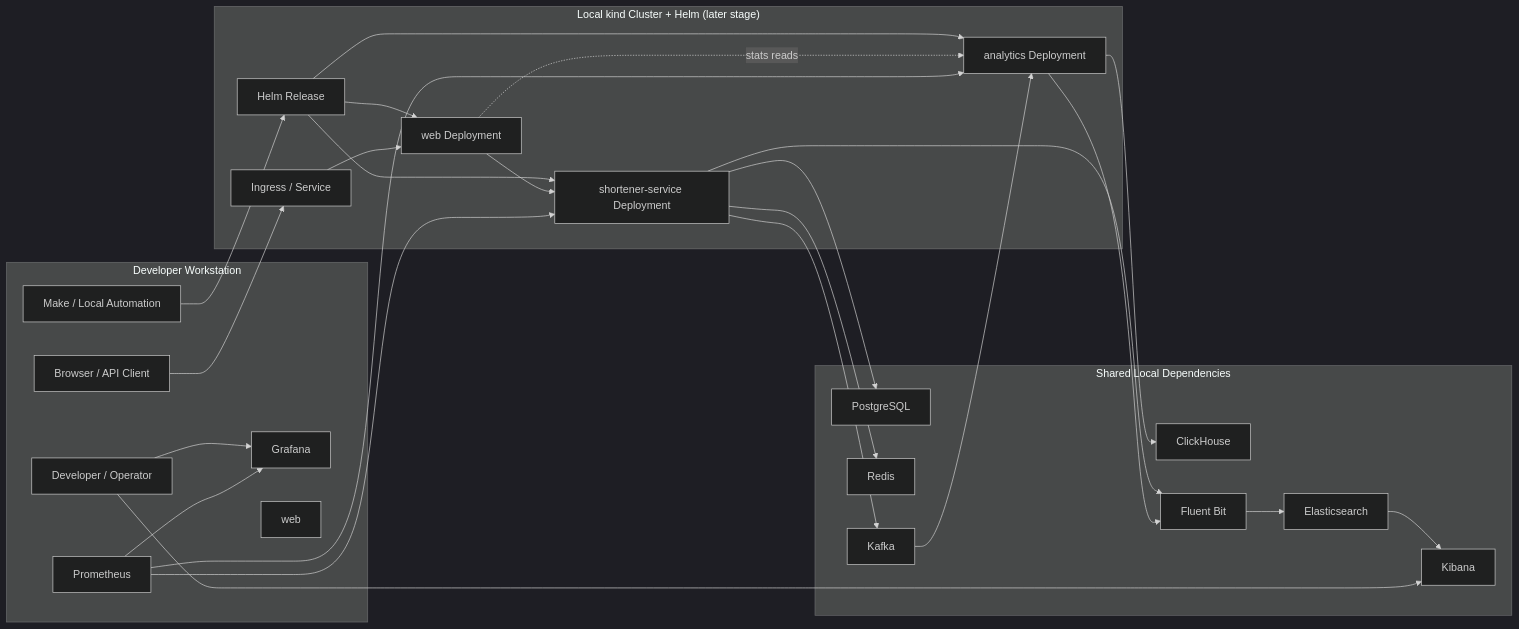
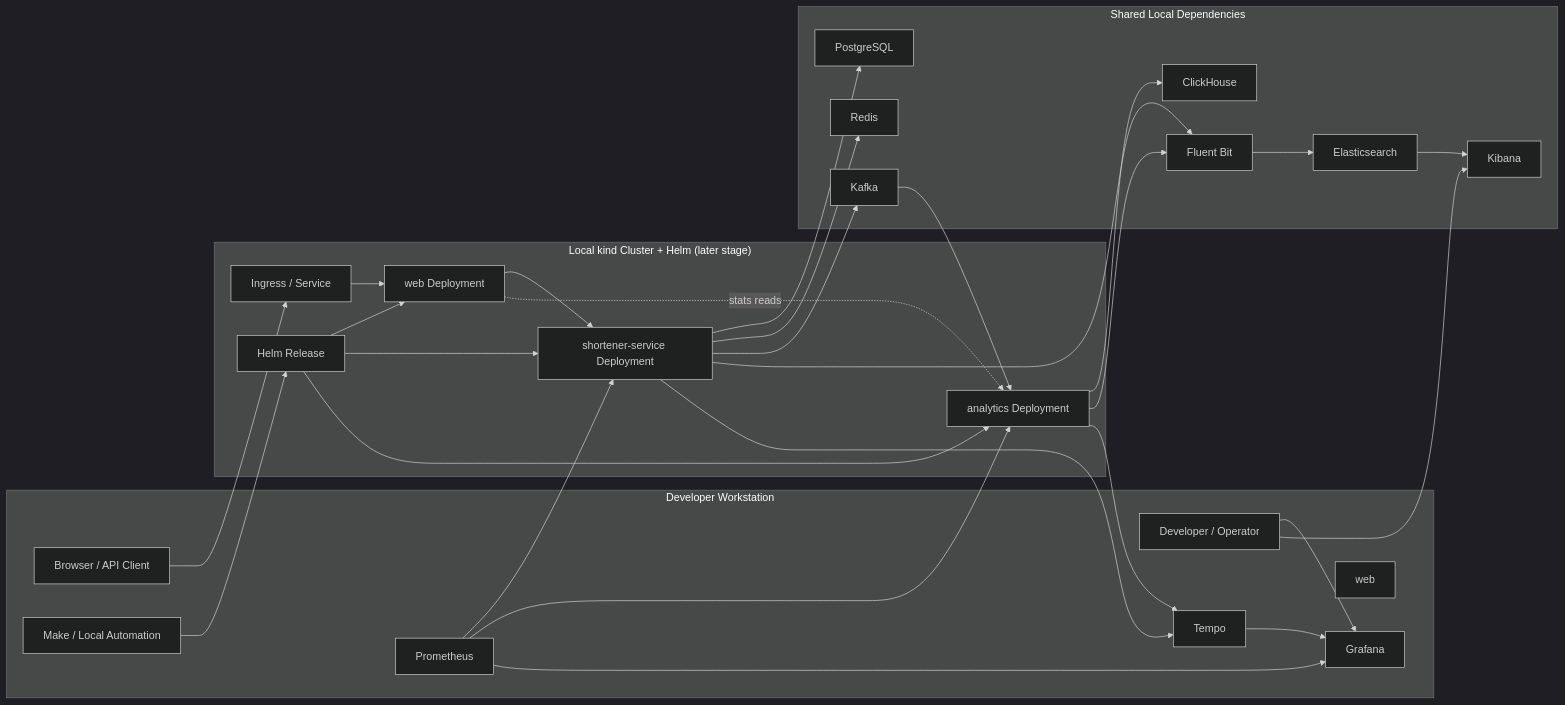
One commit to fev0ks/sandbox_url_shortener changed the second of 7 diagrams in docs/system_design.md. Above: the diagram before and after it, drawn with Mermaid (dark theme). The commit also changed other lines of this file and 12 other files, not shown here.

````diff
--- a/docs/system_design.md
+++ b/docs/system_design.md
@@ -102,53 +107,57 @@
 ```mermaid
 flowchart LR
     subgraph workstation["Developer Workstation"]
         user["Browser / API Client"]
         operator["Developer / Operator"]
         cli["Make / Local Automation"]
         prom["Prometheus"]
         grafana["Grafana"]
+        tempo["Tempo"]
         web["web"]
     end
 
     subgraph kind["Local kind Cluster + Helm (later stage)"]
         helm["Helm Release"]
         ingress["Ingress / Service"]
         k8s_web["web Deployment"]
         k8s_shortener["shortener-service Deployment"]
         k8s_analytics["analytics Deployment"]
     end
 
     subgraph deps["Shared Local Dependencies"]
         pg["PostgreSQL"]
         redis["Redis"]
         kafka["Kafka"]
         ch["ClickHouse"]
         shipper["Fluent Bit"]
         es["Elasticsearch"]
         kibana["Kibana"]
     end
 
     cli --> helm
     helm --> k8s_web
     helm --> k8s_shortener
     helm --> k8s_analytics
     user --> ingress
     ingress --> k8s_web
     k8s_web --> k8s_shortener
 
     k8s_shortener --> pg
     k8s_shortener --> redis
     k8s_shortener --> kafka
     k8s_web -.->|stats reads| k8s_analytics
     kafka --> k8s_analytics
     k8s_analytics --> ch
     k8s_shortener --> shipper
     k8s_analytics --> shipper
     shipper --> es
     es --> kibana
     operator --> grafana
     operator --> kibana
     prom --> k8s_shortener
     prom --> k8s_analytics
     prom --> grafana
+    k8s_shortener --> tempo
+    k8s_analytics --> tempo
+    tempo --> grafana
 ```
````
